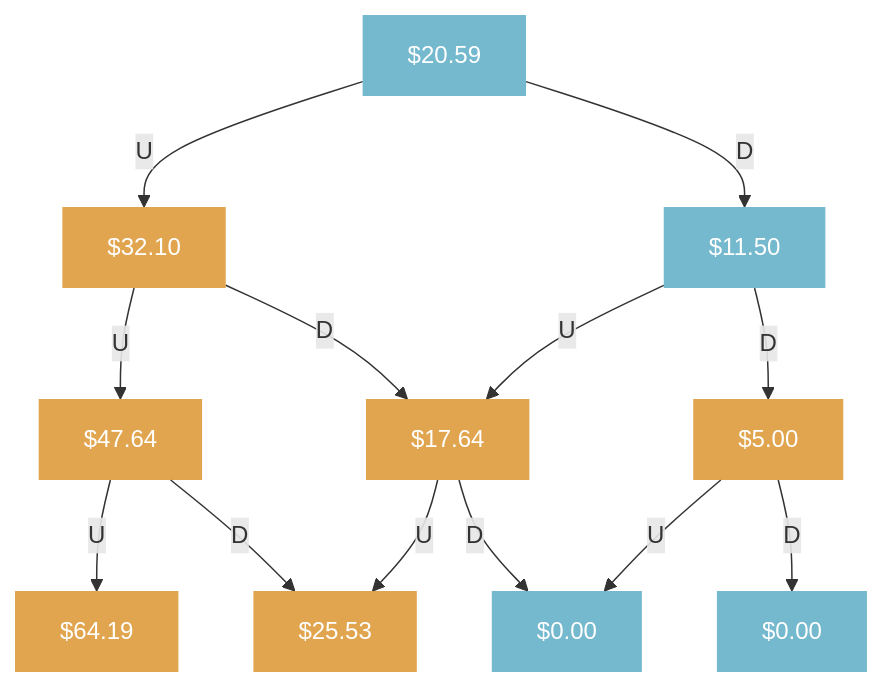
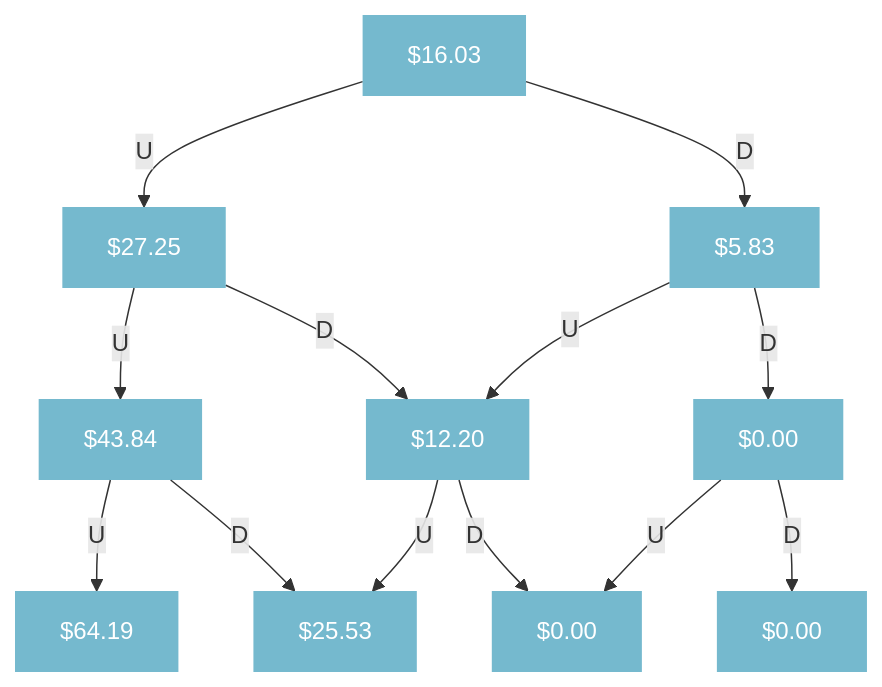
The fourth of 5 diagrams in _pages/articles/binomial-trees.md (JerBouma/jerbouma.github.io), drawn with Mermaid before and after one commit. The commit also changed other lines of this file and 4 other files, not shown here.

```diff
--- a/_pages/articles/binomial-trees.md
+++ b/_pages/articles/binomial-trees.md
@@ -233,23 +219,17 @@
 <div class="mermaid">
 flowchart TD;
 classDef boxfont fill:#3b9cba,stroke-width:0px,fill-opacity:0.7,color:white,radius:20px;
 classDef highlightfont fill:#d67f05,stroke-width:0px,fill-opacity:0.7,color:white,radius:20px;
-
-Step0["$20.59"]:::boxfont -- U --> Step1["$32.10"]:::highlightfont
-Step0["$20.59"] -- D --> Step2["$11.50"]:::boxfont
-
-Step1["$32.10"] -- U --> Step3["$47.64"]:::highlightfont
-Step1["$32.10"] -- D --> Step4["$17.64"]:::highlightfont
-
-Step2["$11.50"] -- U --> Step4["$17.64"]:::highlightfont
-Step2["$11.50"] -- D --> Step5["$5.00"]:::highlightfont
-
-Step3["$47.64"] -- U --> Step6["$64.19"]:::highlightfont
-Step3["$47.64"] -- D --> Step7["$25.53"]:::highlightfont
-
-Step4["$17.64"] -- U --> Step7["$25.53"]:::highlightfont
-Step4["$17.64"] -- D --> Step8["$0.00"]:::boxfont
-
-Step5["$5.00"] -- U --> Step8["$0.00"]:::boxfont
-Step5["$5.00"] -- D --> Step9["$0.00"]:::boxfont
+Step0["$16.03"]:::boxfont -- U --> Step1["$27.25"]:::boxfont
+Step0["$16.03"] -- D --> Step2["$5.83"]:::boxfont
+Step1["$27.25"] -- U --> Step3["$43.84"]:::boxfont
+Step1["$27.25"] -- D --> Step4["$12.20"]:::boxfont
+Step2["$5.83"] -- U --> Step4["$12.20"]
+Step2["$5.83"] -- D --> Step5["$0.00"]:::boxfont
+Step3["$43.84"] -- U --> Step6["$64.19"]:::boxfont
+Step3["$43.84"] -- D --> Step7["$25.53"]:::boxfont
+Step4["$12.20"] -- U --> Step7["$25.53"]
+Step4["$12.20"] -- D --> Step8["$0.00"]:::boxfont
+Step5["$0.00"] -- U --> Step8["$0.00"]
+Step5["$0.00"] -- D --> Step9["$0.00"]:::boxfont
 </div>
```
